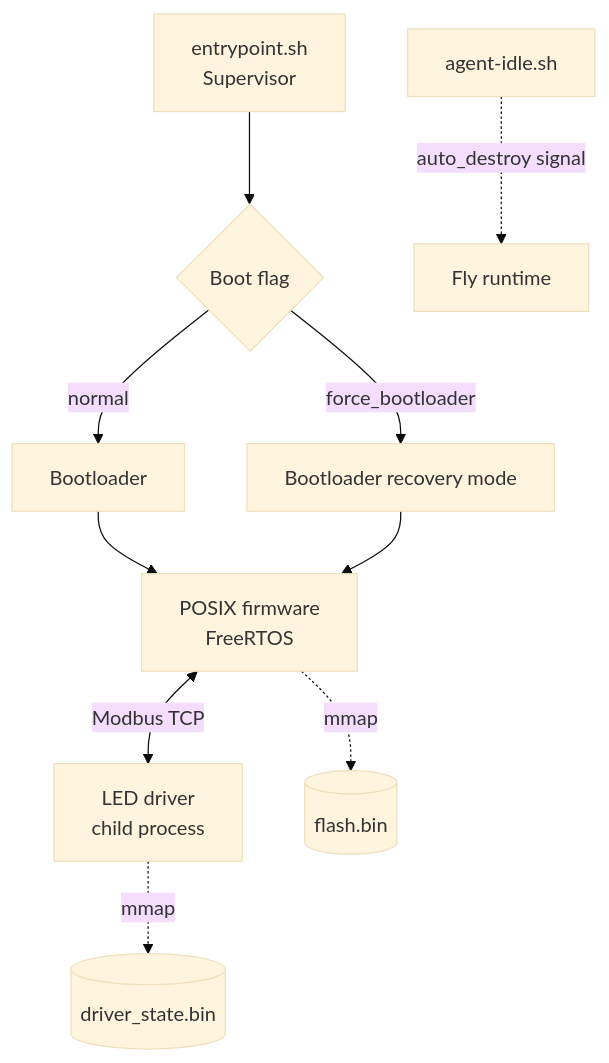
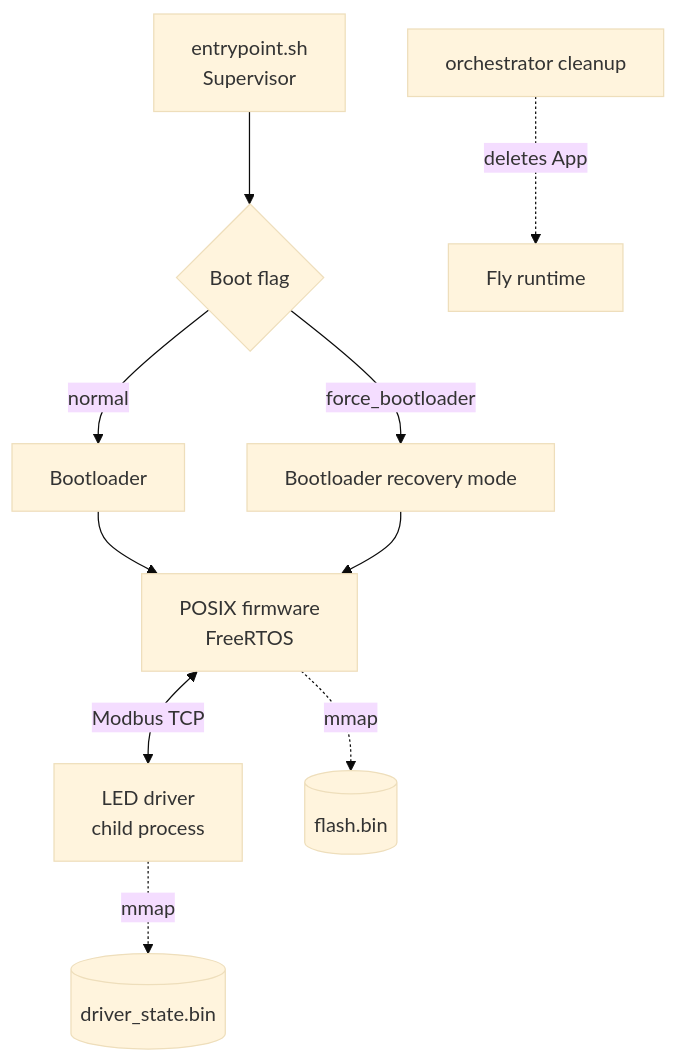
One commit to Feyk1/SmartLamp changed the second of 8 diagrams in docs/01-general-architecture.md. Above: the diagram before and after it, drawn with Mermaid (base theme). The commit also changed other lines of this file and 8 other files, not shown here.

Commit message:
fix: expire idle Fly sessions and style the backend alert

````diff
--- a/docs/01-general-architecture.md
+++ b/docs/01-general-architecture.md
@@ -69,12 +69,12 @@
 ```mermaid
 flowchart TD
   A[entrypoint.sh<br/>Supervisor] --> B{Boot flag}
   B -->|normal| C[Bootloader]
   B -->|force_bootloader| D[Bootloader recovery mode]
   C --> E[POSIX firmware<br/>FreeRTOS]
   D --> E
   E <-->|Modbus TCP| F[LED driver<br/>child process]
   E -.->|mmap| G[(flash.bin)]
   F -.->|mmap| H[(driver_state.bin)]
-  I[agent-idle.sh] -.->|auto_destroy signal| J[Fly runtime]
+  I[orchestrator cleanup] -.->|deletes App| J[Fly runtime]
 ```
````
